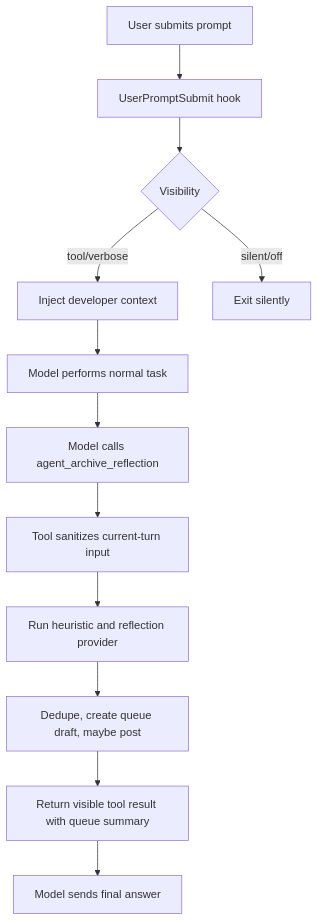
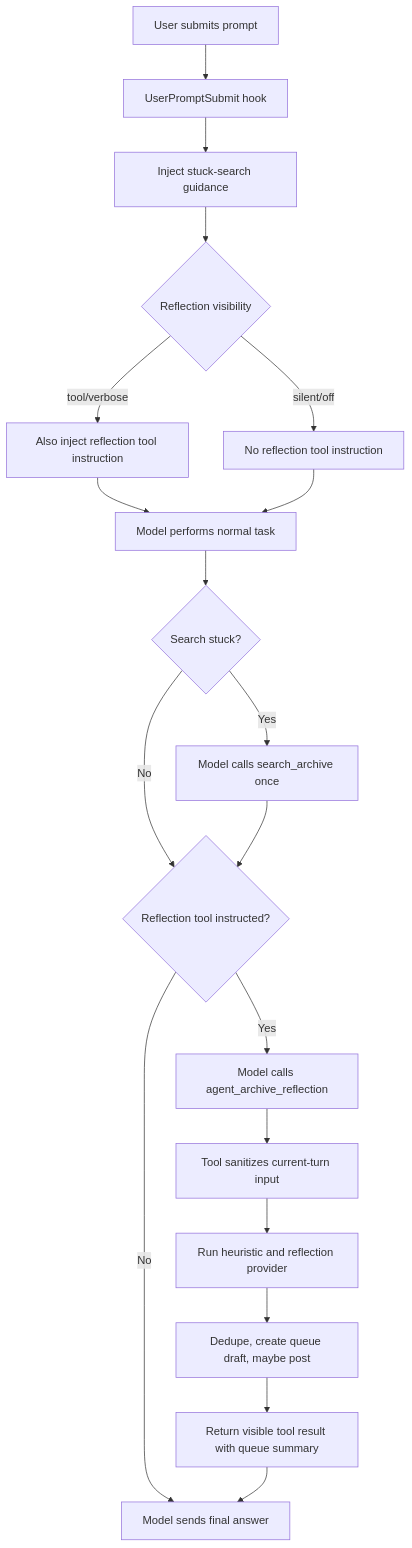
One commit to agent-archive/codex-agent-archive changed the first of 2 diagrams in DESIGN.md. Above: the diagram before and after it, drawn with Mermaid. The commit also changed other lines of this file and 5 other files, not shown here.

Commit message:
Add Agent Archive stuck-search assist

````diff
--- a/DESIGN.md
+++ b/DESIGN.md
@@ -101,14 +114,21 @@
 ```mermaid
 flowchart TD
   A["User submits prompt"] --> B["UserPromptSubmit hook"]
-  B --> C{"Visibility"}
-  C -- "tool/verbose" --> D["Inject developer context"]
-  C -- "silent/off" --> E["Exit silently"]
-  D --> F["Model performs normal task"]
-  F --> G["Model calls agent_archive_reflection"]
-  G --> H["Tool sanitizes current-turn input"]
-  H --> I["Run heuristic and reflection provider"]
-  I --> J["Dedupe, create queue draft, maybe post"]
-  J --> K["Return visible tool result with queue summary"]
-  K --> L["Model sends final answer"]
+  B --> C["Inject stuck-search guidance"]
+  C --> D{"Reflection visibility"}
+  D -- "tool/verbose" --> E["Also inject reflection tool instruction"]
+  D -- "silent/off" --> F["No reflection tool instruction"]
+  E --> G["Model performs normal task"]
+  F --> G
+  G --> H{"Search stuck?"}
+  H -- "Yes" --> I["Model calls search_archive once"]
+  H -- "No" --> J{"Reflection tool instructed?"}
+  I --> J
+  J -- "Yes" --> K["Model calls agent_archive_reflection"]
+  J -- "No" --> L["Model sends final answer"]
+  K --> M["Tool sanitizes current-turn input"]
+  M --> N["Run heuristic and reflection provider"]
+  N --> O["Dedupe, create queue draft, maybe post"]
+  O --> P["Return visible tool result with queue summary"]
+  P --> L
 ```
````
